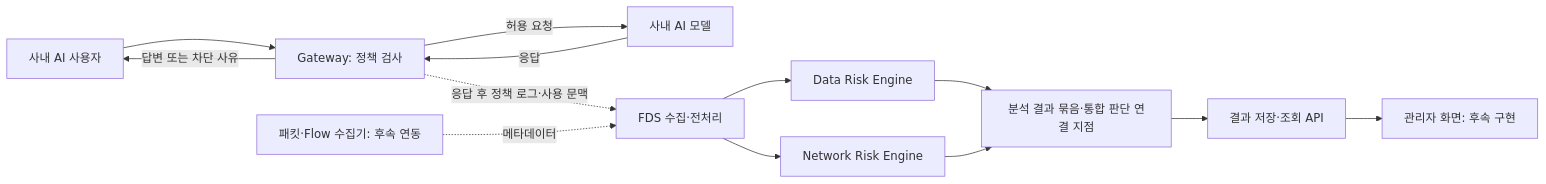
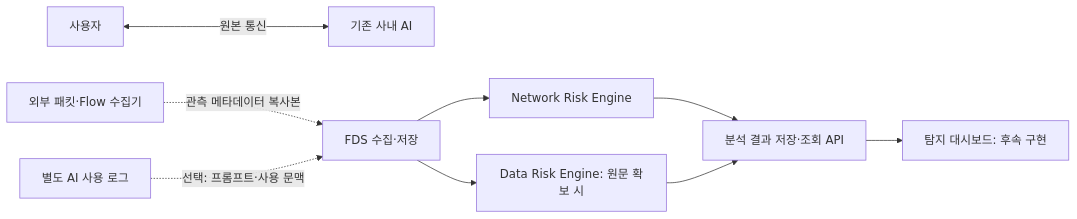
Before and after one commit to abnormalnetwork4/AI-FDS-service: the diagram in backend/README.md, drawn with Mermaid. The commit also changed other lines of this file and 17 other files, not shown here.

````diff
--- a/backend/README.md
+++ b/backend/README.md
@@ -7,15 +5,11 @@
 ```mermaid
 flowchart LR
-    U[사내 AI 사용자] --> G[Gateway: 정책 검사]
-    G -->|허용 요청| M[사내 AI 모델]
-    M -->|응답| G
-    G -->|답변 또는 차단 사유| U
-    G -.->|응답 후 정책 로그·사용 문맥| C[FDS 수집·전처리]
-    P[패킷·Flow 수집기: 후속 연동] -.->|메타데이터| C
-    C --> D[Data Risk Engine]
-    C --> N[Network Risk Engine]
-    D --> R[분석 결과 묶음·통합 판단 연결 지점]
-    N --> R
-    R --> DB[결과 저장·조회 API]
-    DB --> UI[관리자 화면: 후속 구현]
+    U[사용자] <-->|원본 통신| AI[기존 사내 AI]
+    C[외부 패킷·Flow 수집기] -.->|관측 메타데이터 복사본| F[FDS 수집·저장]
+    L[별도 AI 사용 로그] -.->|선택: 프롬프트·사용 문맥| F
+    F --> N[Network Risk Engine]
+    F --> D[Data Risk Engine: 원문 확보 시]
+    N --> R[분석 결과 저장·조회 API]
+    D --> R
+    R --> UI[탐지 대시보드: 후속 구현]
 ```
````
